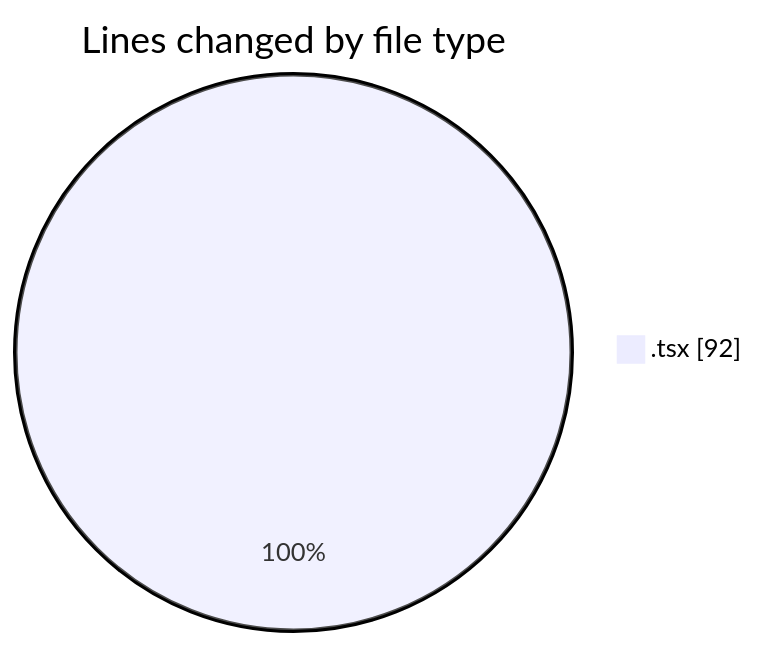
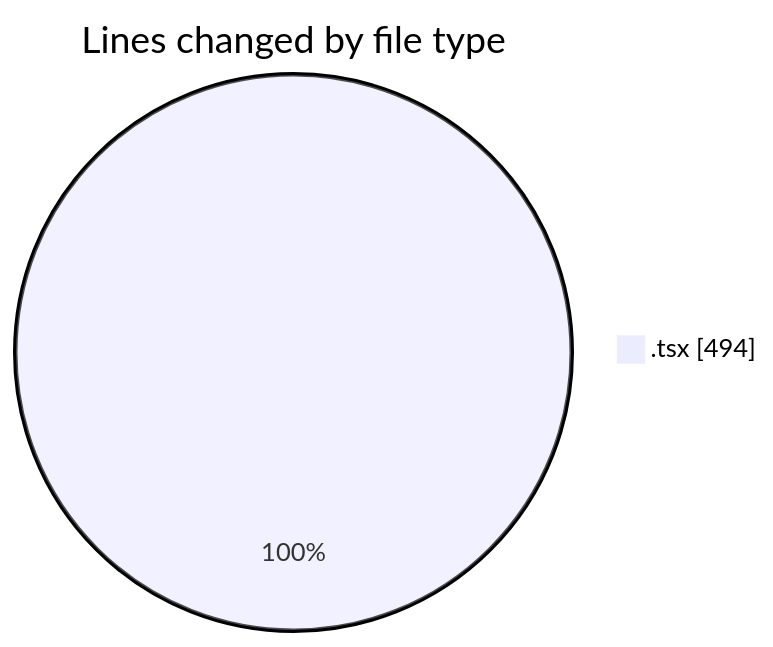
Before and after one commit to JenPaints/code-tracking: the first of 2 diagrams in 2025-07-26/cohera/README.md, drawn with Mermaid. The commit also changed other lines of this file and 1 other file, not shown here.

````diff
--- a/2025-07-26/cohera/README.md
+++ b/2025-07-26/cohera/README.md
@@ -20,5 +22,5 @@
 ```mermaid
 pie showData
 title Lines changed by file type
-".tsx" : 92
+".tsx" : 494
 ```
````
